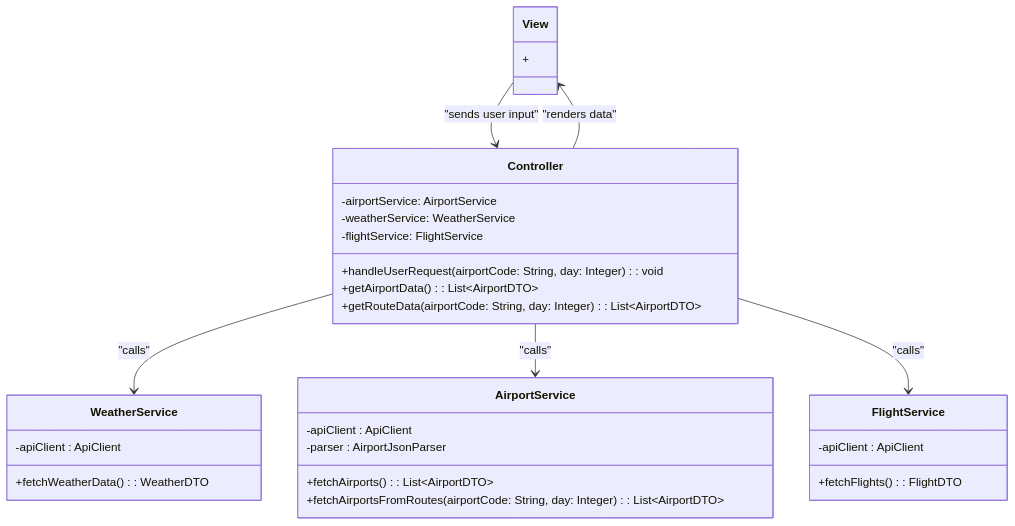
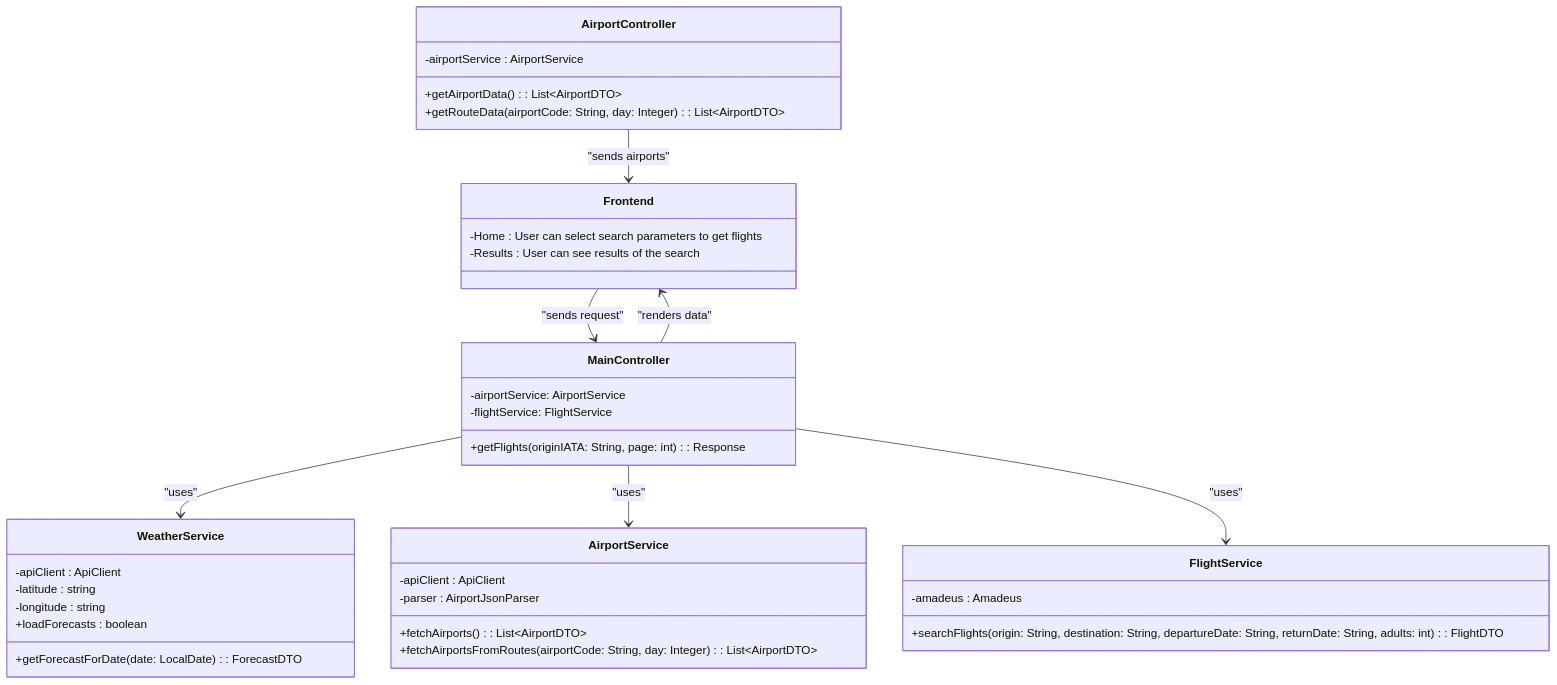
Before and after one commit to ottohh/COMP.SE.110: the first of 2 diagrams in docs/design-document_en.md, drawn with Mermaid. The commit also changed other lines of this file, not shown here.

````diff
--- a/docs/design-document_en.md
+++ b/docs/design-document_en.md
@@ -78,38 +79,46 @@
 ```mermaid
 classDiagram
-    class View {
-        +
+    class Frontend {
+        -Home : User can select search parameters to get flights
+        -Results : User can see results of the search
     }
 
-    class Controller {
+    class MainController {
         -airportService: AirportService
-        -weatherService: WeatherService
         -flightService: FlightService
-        +handleUserRequest(airportCode: String, day: Integer) : void
+        +getFlights(originIATA: String, page: int) : Response
+    }
+
+    class AirportController {
+        -airportService : AirportService
         +getAirportData() : List~AirportDTO~
         +getRouteData(airportCode: String, day: Integer) : List~AirportDTO~
     }
 
     class AirportService {
         -apiClient : ApiClient
         -parser : AirportJsonParser
         +fetchAirports() : List~AirportDTO~
         +fetchAirportsFromRoutes(airportCode: String, day: Integer) : List~AirportDTO~
     }
 
     class WeatherService {
         -apiClient : ApiClient
-        +fetchWeatherData() : WeatherDTO
+        -latitude : string
+        -longitude : string
+        +loadForecasts : boolean
+        +getForecastForDate(date: LocalDate) : ForecastDTO
     }
 
     class FlightService {
-        -apiClient : ApiClient
-        +fetchFlights() : FlightDTO
+        -amadeus : Amadeus
+        +searchFlights(origin: String, destination: String, departureDate: String, returnDate: String, adults: int) : FlightDTO
     }
 
-    Controller --> View : "renders data"
-    View --> Controller : "sends user input"
-    Controller --> WeatherService : "calls"
-    Controller --> AirportService : "calls"
-    Controller --> FlightService : "calls"
+    MainController --> Frontend : "renders data"
+    Frontend --> MainController : "sends request"
+    AirportController --> Frontend  : "sends airports"
+    MainController --> WeatherService : "uses"
+    MainController --> AirportService : "uses"
+    MainController --> FlightService : "uses"
 ```
````
